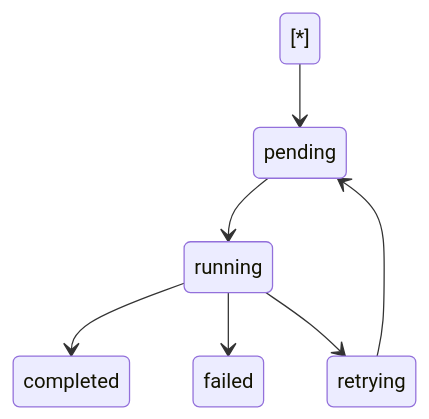
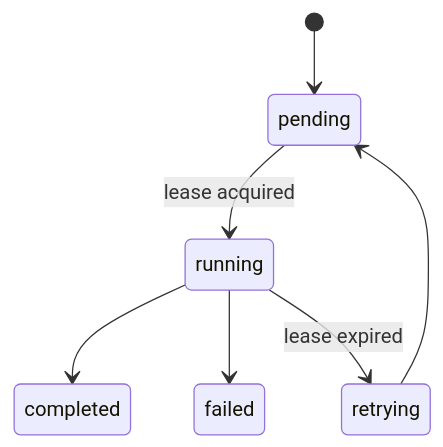
One commit to HVC640/Distributed-Task-Processing-Platform changed the seventh of 12 diagrams in architecture-diagram.md. Above: the diagram before and after it, drawn with Mermaid. The commit also changed other lines of this file and 4 other files, not shown here.

Commit message:
Enhance system documentation and architecture diagrams; add README with project overview, features, and setup instructions

````diff
--- a/architecture-diagram.md
+++ b/architecture-diagram.md
@@ -291,19 +167,11 @@
 ```mermaid
-
 stateDiagram-v2
 
-
-
-\[\*] --> pending
-
-pending --> running
-
+[*] --> pending
+pending --> running : lease acquired
 running --> completed
-
 running --> failed
 
-running --> retrying
-
+running --> retrying : lease expired
 retrying --> pending
-
 ```
````
